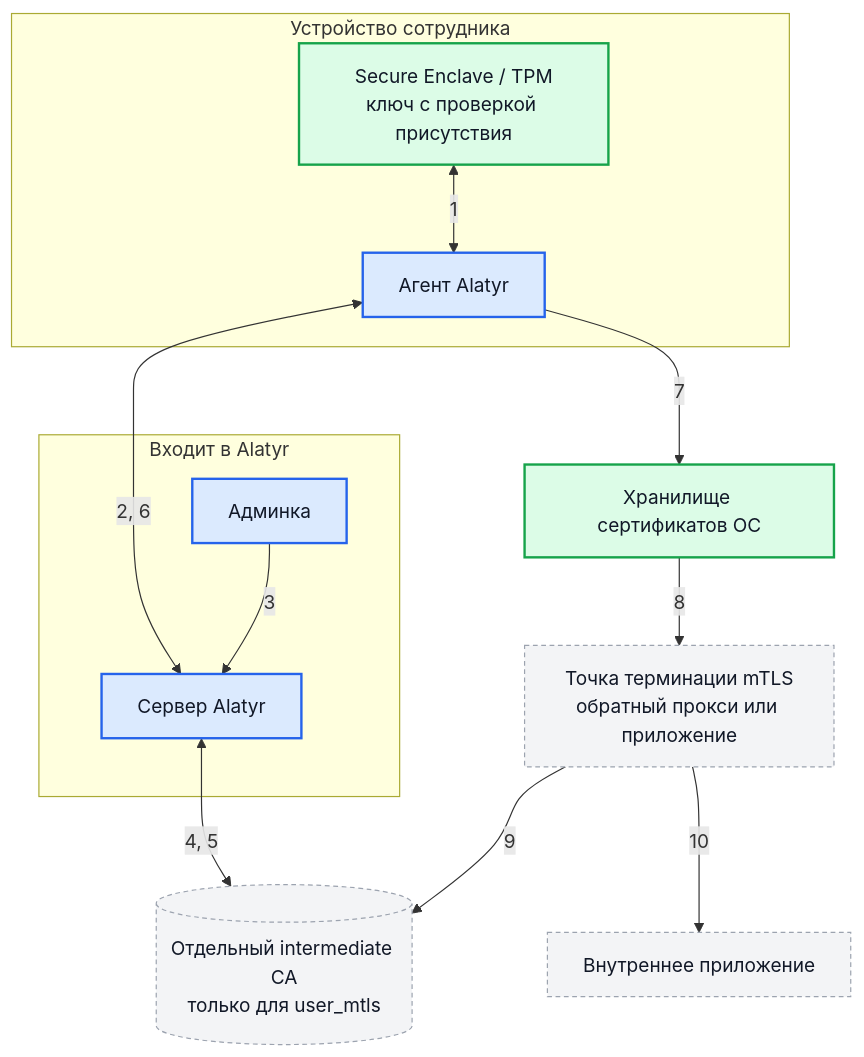
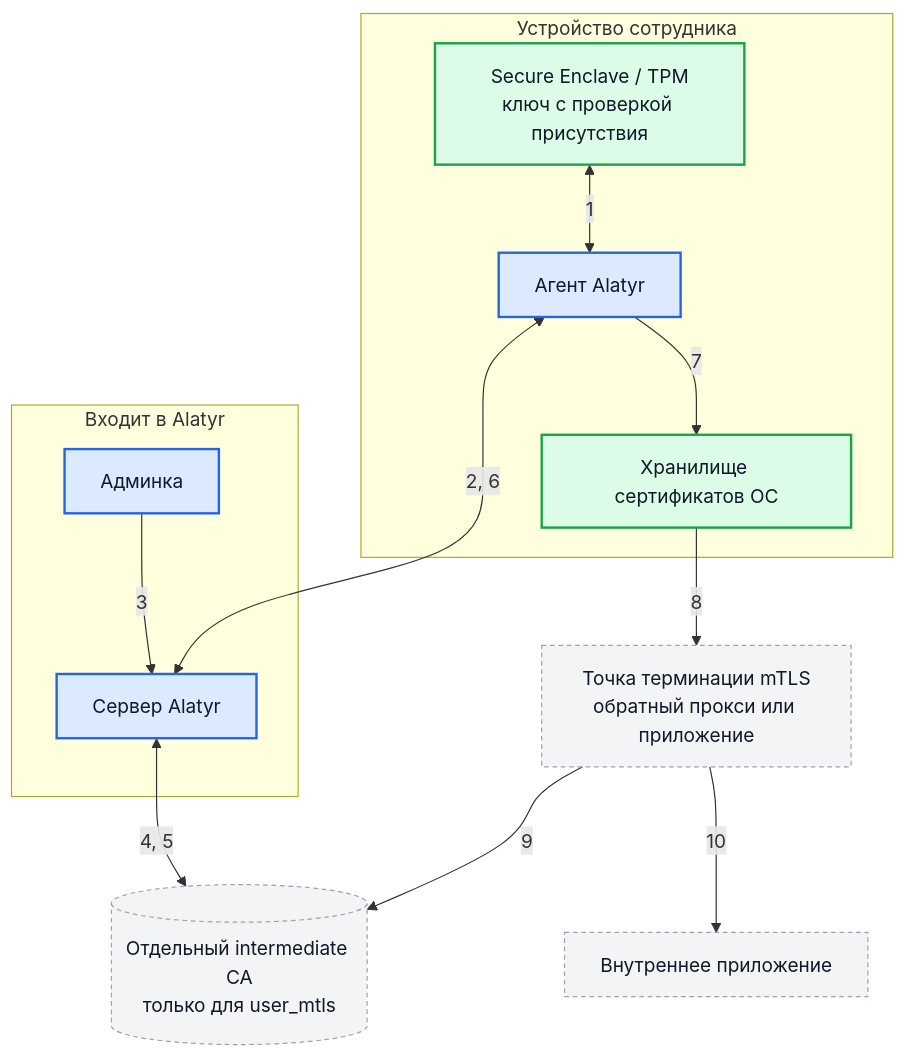
One commit to s3m4rgl/alatyr-docs changed the third of 9 diagrams in docs/use-cases.md. Above: the diagram before and after it, drawn with Mermaid.

Commit message:
docs: хранилище сертификатов ОС — внутри рамки «Устройство сотрудника» на схеме mTLS

````diff
--- a/docs/use-cases.md
+++ b/docs/use-cases.md
@@ -200,32 +200,33 @@
 ```mermaid
 flowchart TD
     subgraph DeviceBox["Устройство сотрудника"]
         HW["Secure Enclave / TPM<br/>ключ с проверкой присутствия"]
         Agent["Агент Alatyr"]
+        Store["Хранилище сертификатов ОС"]
     end
 
     subgraph AlatyrBox["Входит в Alatyr"]
         Admin["Админка"]
         Server["Сервер Alatyr"]
     end
 
     PKI[("Отдельный intermediate CA<br/>только для user_mtls")]
     Proxy["Точка терминации mTLS<br/>обратный прокси или приложение"]
     App["Внутреннее приложение"]
 
     HW <--> |"1"| Agent
     Agent <--> |"2, 6"| Server
     Admin --> |"3"| Server
     Server <--> |"4, 5"| PKI
-    Agent --> |"7"| Store["Хранилище сертификатов ОС"]
+    Agent --> |"7"| Store
     Store --> |"8"| Proxy
     Proxy --> |"9"| PKI
     Proxy --> |"10"| App
 
     classDef alatyr fill:#dbeafe,stroke:#2563eb,stroke-width:2px,color:#111827
     classDef external fill:#f3f4f6,stroke:#9ca3af,stroke-width:1px,stroke-dasharray: 4 3,color:#111827
     classDef device fill:#dcfce7,stroke:#16a34a,stroke-width:2px,color:#111827
     class Agent,Server,Admin alatyr
     class PKI,Proxy,App external
     class HW,Store device
 ```
````
